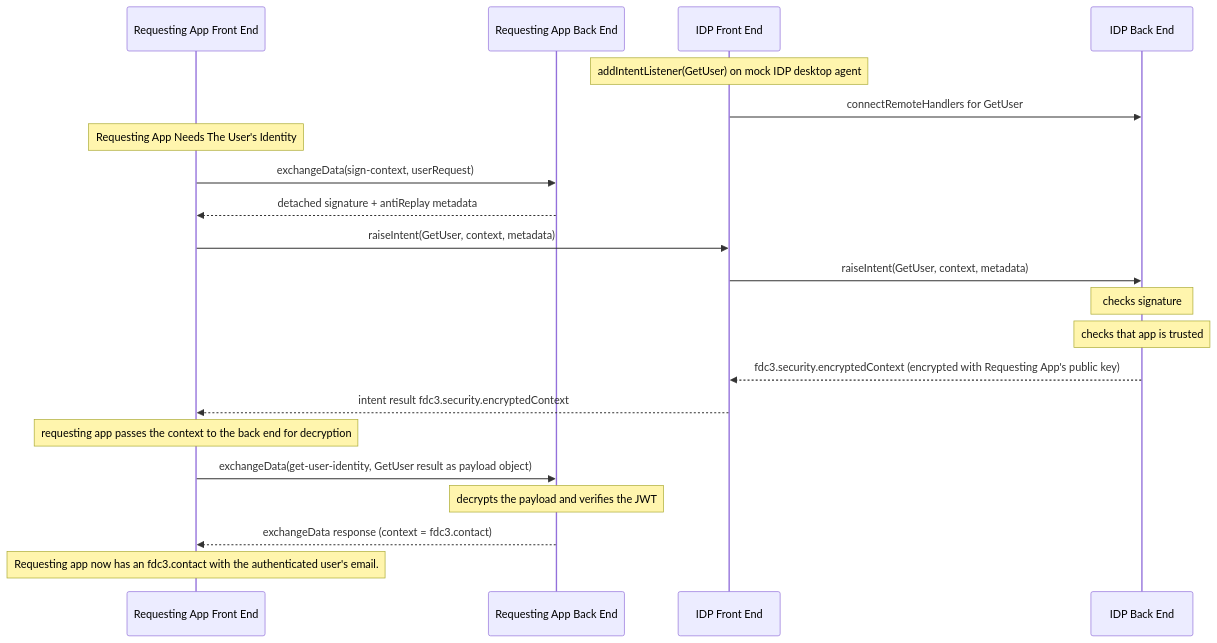
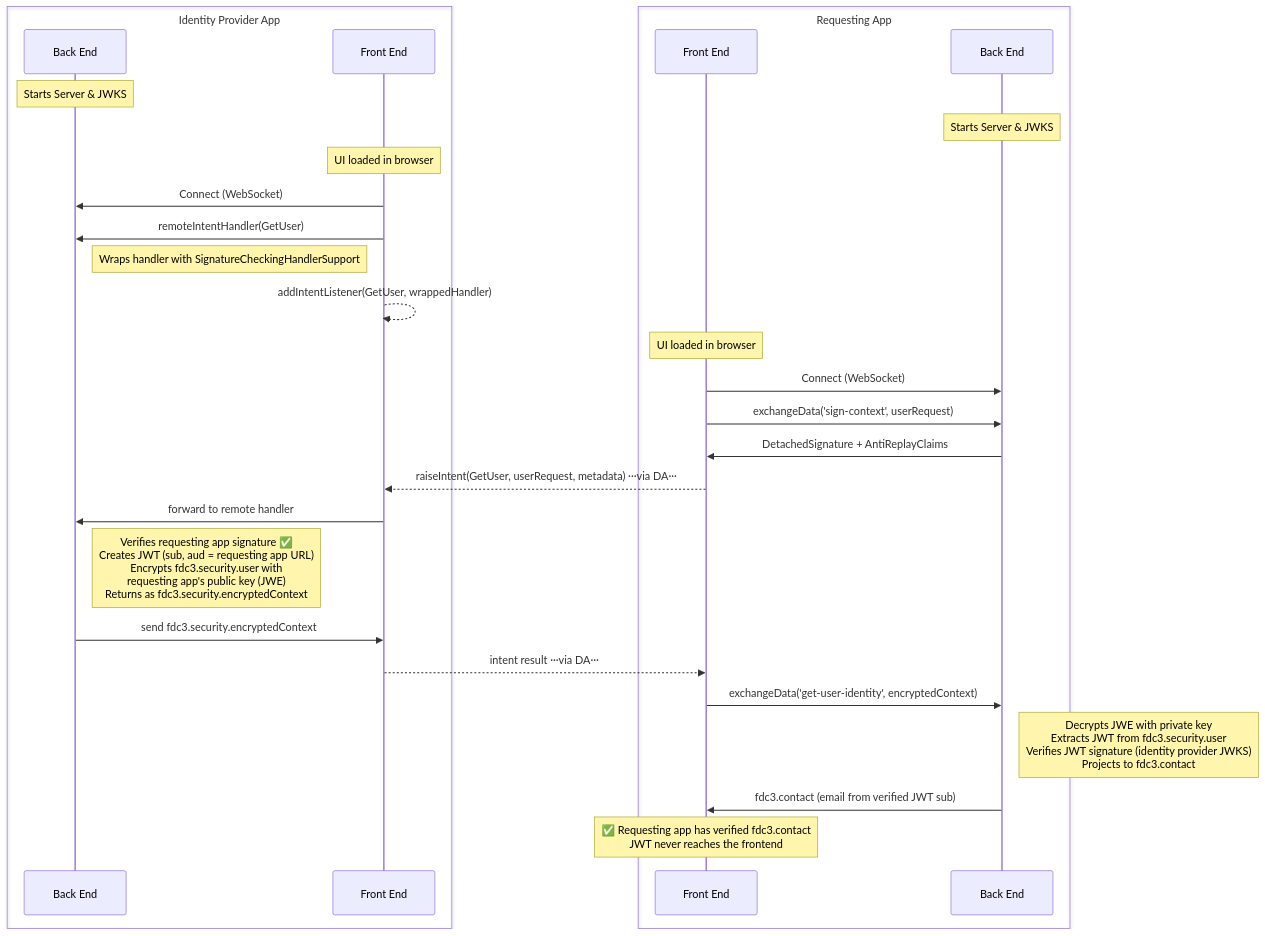
One commit to finos/FDC3 changed the fifth of 5 diagrams in packages/fdc3-security/samples/README.md. Above: the diagram before and after it, drawn with Mermaid. The commit also changed other lines of this file and 76 other files, not shown here.

````diff
--- a/packages/fdc3-security/samples/README.md
+++ b/packages/fdc3-security/samples/README.md
@@ -153,28 +254,39 @@
 ```mermaid
 sequenceDiagram
-    participant RFE as Requesting App Front End
-    participant RBE as Requesting App Back End
-    participant IDPFE as IDP Front End
-    participant IDPBE as IDP Back End
+    box Identity Provider App
+        participant IDPBE as Back End
+        participant IDPFE as Front End
+    end
+    box Requesting App
+        participant RFE as Front End
+        participant RBE as Back End
+    end
 
-    Note over IDPFE: addIntentListener(GetUser) on mock IDP desktop agent
-    IDPFE->>IDPBE: connectRemoteHandlers for GetUser
-    
-    Note over RFE: Requesting App Needs The User's Identity
-    RFE->>RBE: exchangeData(sign-context, userRequest)
-    RBE-->>RFE: detached signature + antiReplay metadata
+    Note over IDPBE: Starts Server & JWKS
+    Note over RBE: Starts Server & JWKS
 
-    RFE->>IDPFE: raiseIntent(GetUser, context, metadata)
-    IDPFE->>IDPBE: raiseIntent(GetUser, context, metadata)
-    Note over IDPBE: checks signature
-    Note over IDPBE: checks that app is trusted
-    IDPBE-->>IDPFE: fdc3.security.encryptedContext (encrypted with Requesting App's public key)
-    IDPFE-->>RFE: intent result fdc3.security.encryptedContext
+    Note over IDPFE: UI loaded in browser
+    IDPFE->>IDPBE: Connect (WebSocket)
+    IDPFE->>IDPBE: remoteIntentHandler(GetUser)
+    Note right of IDPBE: Wraps handler with SignatureCheckingHandlerSupport
+    IDPFE-->>IDPFE: addIntentListener(GetUser, wrappedHandler)
 
-    Note over RFE: requesting app passes the context to the back end for decryption
-    RFE->>RBE: exchangeData(get-user-identity, GetUser result as payload object)
-    Note over RBE: decrypts the payload and verifies the JWT
-    RBE-->>RFE: exchangeData response (context = fdc3.contact)
+    Note over RFE: UI loaded in browser
+    RFE->>RBE: Connect (WebSocket)
+    RFE->>RBE: exchangeData('sign-context', userRequest)
+    RBE->>RFE: DetachedSignature + AntiReplayClaims
 
-    Note over RFE: Requesting app now has an fdc3.contact with the authenticated user's email.
+    RFE-->>IDPFE: raiseIntent(GetUser, userRequest, metadata) ···via DA···
+    IDPFE->>IDPBE: forward to remote handler
+
+    Note right of IDPBE: Verifies requesting app signature ✅<br/>Creates JWT (sub, aud = requesting app URL)<br/>Encrypts fdc3.security.user with<br/>requesting app's public key (JWE)<br/>Returns as fdc3.security.encryptedContext
+
+    IDPBE->>IDPFE: send fdc3.security.encryptedContext
+    IDPFE-->>RFE: intent result ···via DA···
+
+    RFE->>RBE: exchangeData('get-user-identity', encryptedContext)
+    Note right of RBE: Decrypts JWE with private key<br/>Extracts JWT from fdc3.security.user<br/>Verifies JWT signature (identity provider JWKS)<br/>Projects to fdc3.contact
+    RBE->>RFE: fdc3.contact (email from verified JWT sub)
+
+    Note over RFE: ✅ Requesting app has verified fdc3.contact<br/>JWT never reaches the frontend
 ```
````
